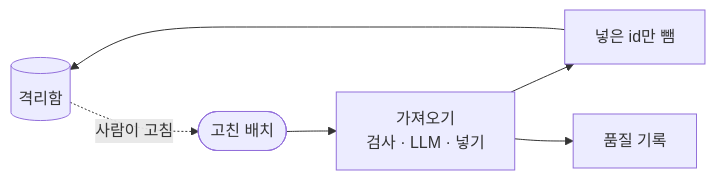
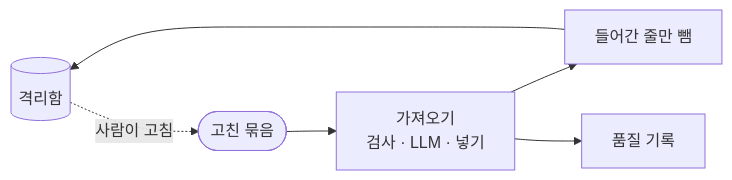
The second of 2 diagrams in Lecture/78/03-STAGE3-QUALITY-MANAGEMENT.md (haedeuncha/aio-01d4-stu), drawn with Mermaid before and after one commit. The commit also changed other lines of this file and 5 other files, not shown here.

````diff
--- a/Lecture/78/03-STAGE3-QUALITY-MANAGEMENT.md
+++ b/Lecture/78/03-STAGE3-QUALITY-MANAGEMENT.md
@@ -93,5 +95,5 @@
 ```mermaid
 flowchart LR
-  Q[("격리함")] -.->|사람이 고침| F(["고친 배치"]) --> I["가져오기<br/>검사 · LLM · 넣기"] --> X["넣은 id만 뺌"] --> Q
+  Q[("격리함")] -.->|사람이 고침| F(["고친 묶음"]) --> I["가져오기<br/>검사 · LLM · 넣기"] --> X["들어간 줄만 뺌"] --> Q
   I --> L["품질 기록"]
 ```
````
